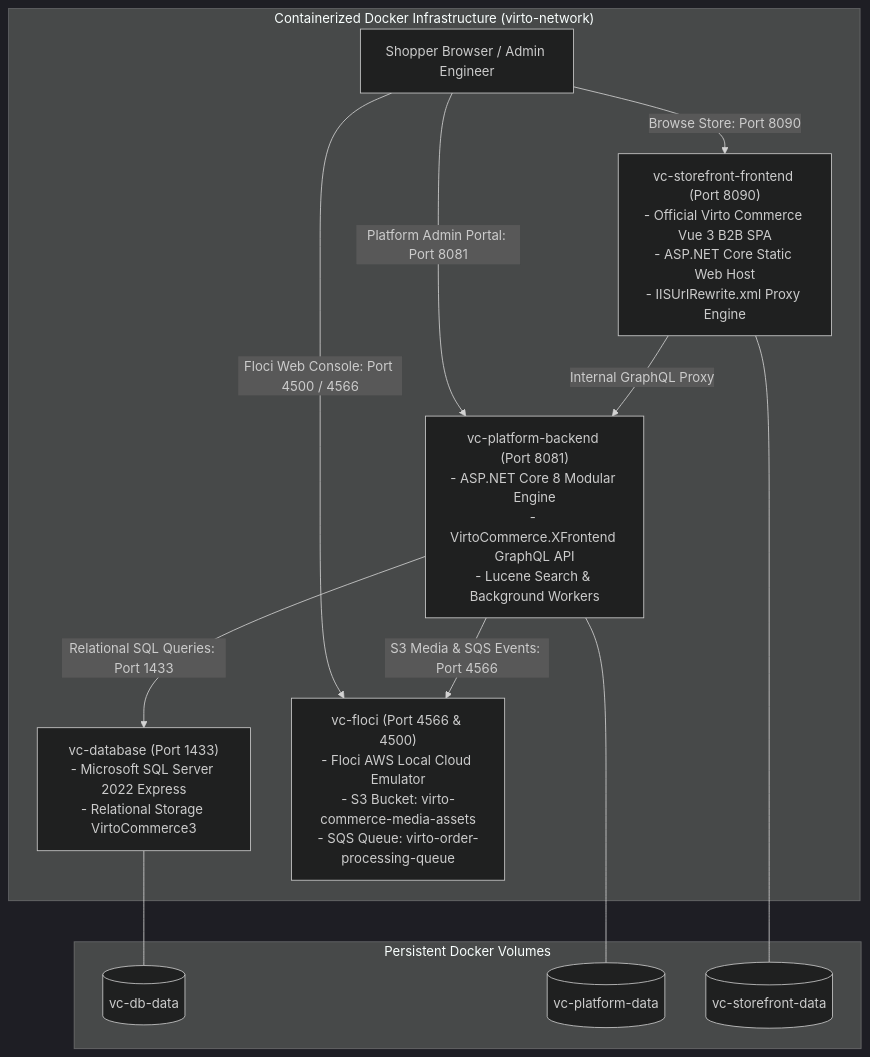
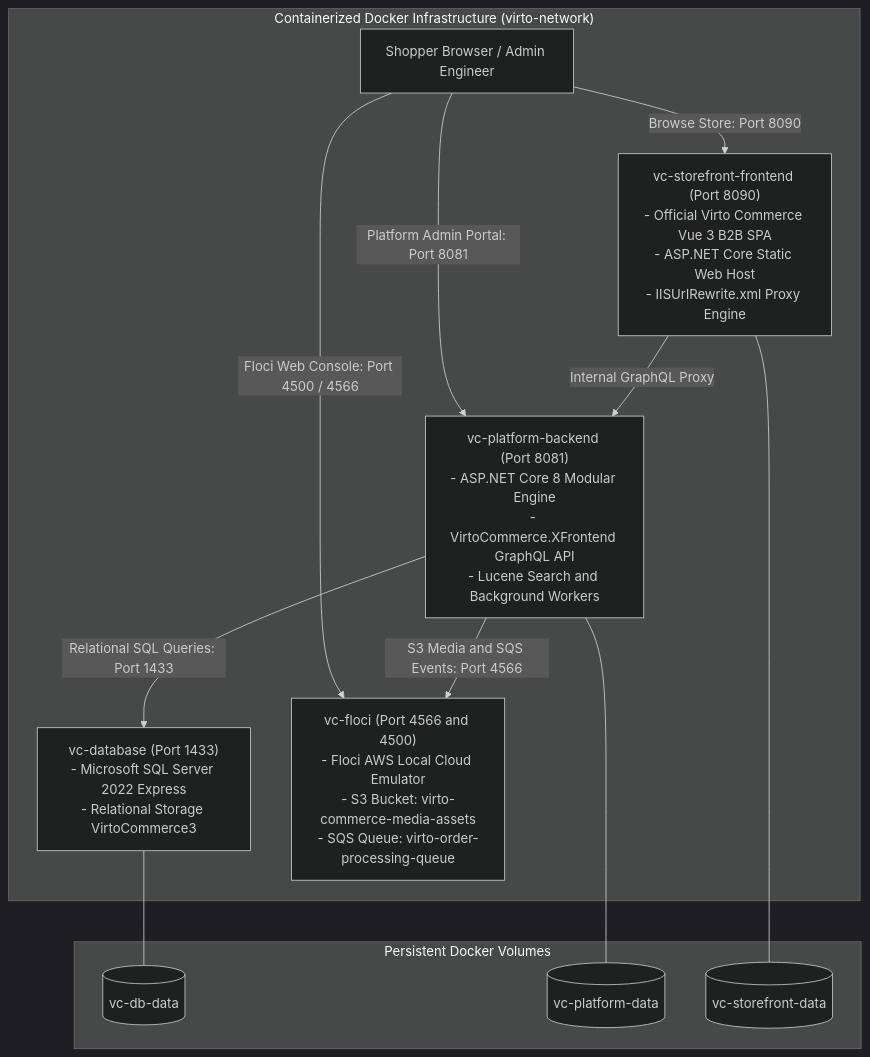
The first of 2 diagrams in README.md (kaushalpatil205/virto-commerce-aws), drawn with Mermaid (dark theme) before and after one commit. The commit also changed 1 other file, not shown here.

Commit message:
fix: replace & with 'and' in Mermaid diagram labels to prevent GitHub parse errors

````diff
--- a/README.md
+++ b/README.md
@@ -51,29 +51,29 @@
 ```mermaid
 graph TD
     Client["Shopper Browser / Admin Engineer"]
     
     subgraph Host["Containerized Docker Infrastructure (virto-network)"]
         Storefront["vc-storefront-frontend (Port 8090)<br/>- Official Virto Commerce Vue 3 B2B SPA<br/>- ASP.NET Core Static Web Host<br/>- IISUrlRewrite.xml Proxy Engine"]
-        Platform["vc-platform-backend (Port 8081)<br/>- ASP.NET Core 8 Modular Engine<br/>- VirtoCommerce.XFrontend GraphQL API<br/>- Lucene Search & Background Workers"]
+        Platform["vc-platform-backend (Port 8081)<br/>- ASP.NET Core 8 Modular Engine<br/>- VirtoCommerce.XFrontend GraphQL API<br/>- Lucene Search and Background Workers"]
         SQL["vc-database (Port 1433)<br/>- Microsoft SQL Server 2022 Express<br/>- Relational Storage VirtoCommerce3"]
-        Floci["vc-floci (Port 4566 & 4500)<br/>- Floci AWS Local Cloud Emulator<br/>- S3 Bucket: virto-commerce-media-assets<br/>- SQS Queue: virto-order-processing-queue"]
+        Floci["vc-floci (Port 4566 and 4500)<br/>- Floci AWS Local Cloud Emulator<br/>- S3 Bucket: virto-commerce-media-assets<br/>- SQS Queue: virto-order-processing-queue"]
         
         Client -->|Browse Store: Port 8090| Storefront
         Client -->|Platform Admin Portal: Port 8081| Platform
         Client -->|Floci Web Console: Port 4500 / 4566| Floci
         
         Storefront -->|Internal GraphQL Proxy| Platform
         Platform -->|Relational SQL Queries: Port 1433| SQL
-        Platform -->|S3 Media & SQS Events: Port 4566| Floci
+        Platform -->|S3 Media and SQS Events: Port 4566| Floci
     end
     
     subgraph Storage["Persistent Docker Volumes"]
         DBVol[("vc-db-data")]
         PlatformVol[("vc-platform-data")]
         StorefrontVol[("vc-storefront-data")]
         
         SQL --- DBVol
         Platform --- PlatformVol
         Storefront --- StorefrontVol
     end
 ```
````
